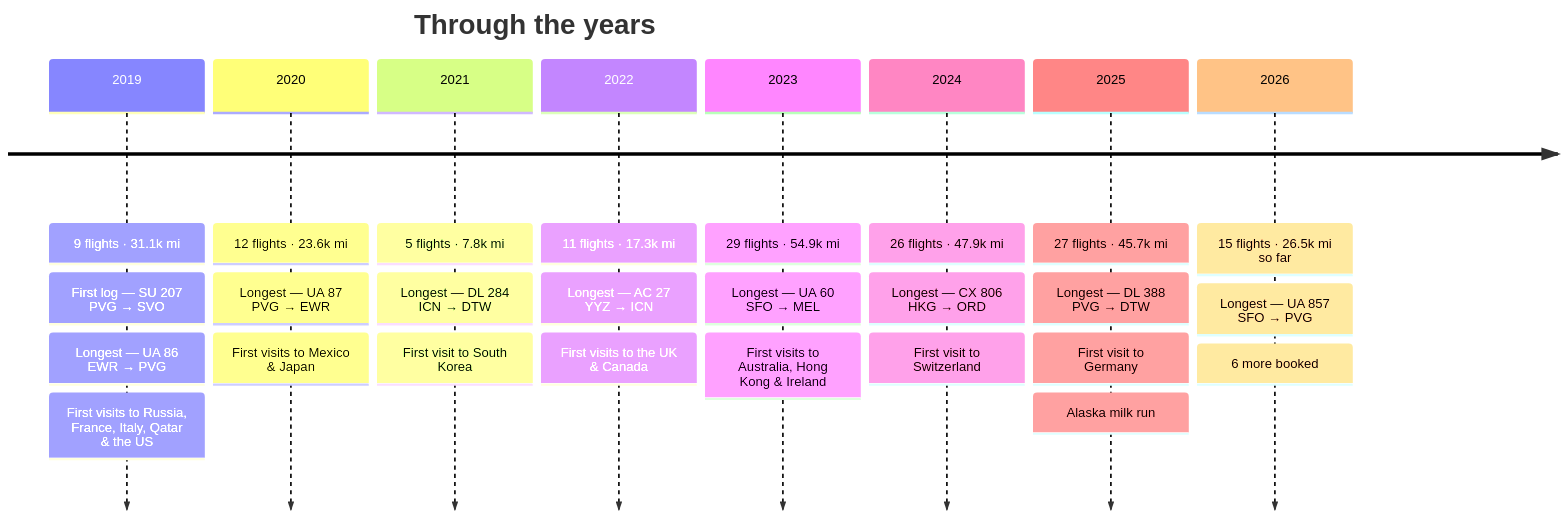
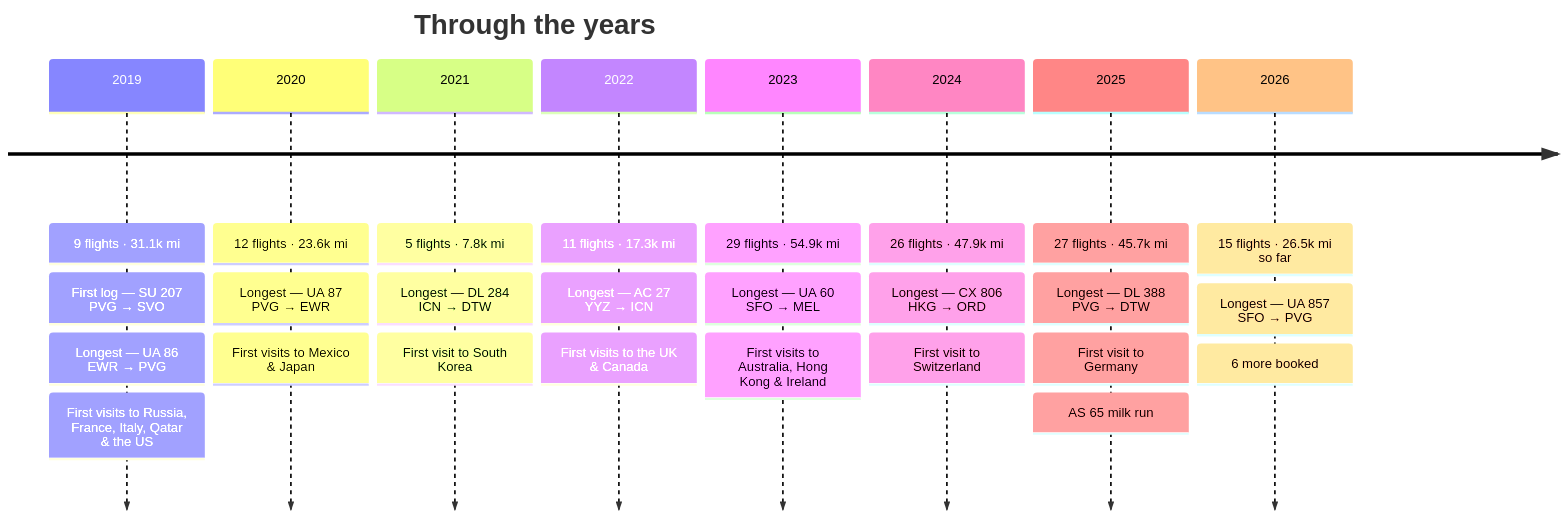
One commit to lxd262/lxd262 changed the fourth of 4 diagrams in README.md. Above: the diagram before and after it, drawn with Mermaid. The commit also changed other lines of this file and 2 other files, not shown here.

````diff
--- a/README.md
+++ b/README.md
@@ -172,12 +150,12 @@
 ```mermaid
 timeline
     title Through the years
     2019 : 9 flights · 31.1k mi : First log — SU 207 PVG → SVO : Longest — UA 86 EWR → PVG : First visits to Russia, France, Italy, Qatar & the US
     2020 : 12 flights · 23.6k mi : Longest — UA 87 PVG → EWR : First visits to Mexico & Japan
     2021 : 5 flights · 7.8k mi : Longest — DL 284 ICN → DTW : First visit to South Korea
     2022 : 11 flights · 17.3k mi : Longest — AC 27 YYZ → ICN : First visits to the UK & Canada
     2023 : 29 flights · 54.9k mi : Longest — UA 60 SFO → MEL : First visits to Australia, Hong Kong & Ireland
     2024 : 26 flights · 47.9k mi : Longest — CX 806 HKG → ORD : First visit to Switzerland
-    2025 : 27 flights · 45.7k mi : Longest — DL 388 PVG → DTW : First visit to Germany : Alaska milk run
+    2025 : 27 flights · 45.7k mi : Longest — DL 388 PVG → DTW : First visit to Germany : AS 65 milk run
     2026 : 15 flights · 26.5k mi so far : Longest — UA 857 SFO → PVG : 6 more booked
 ```
````
